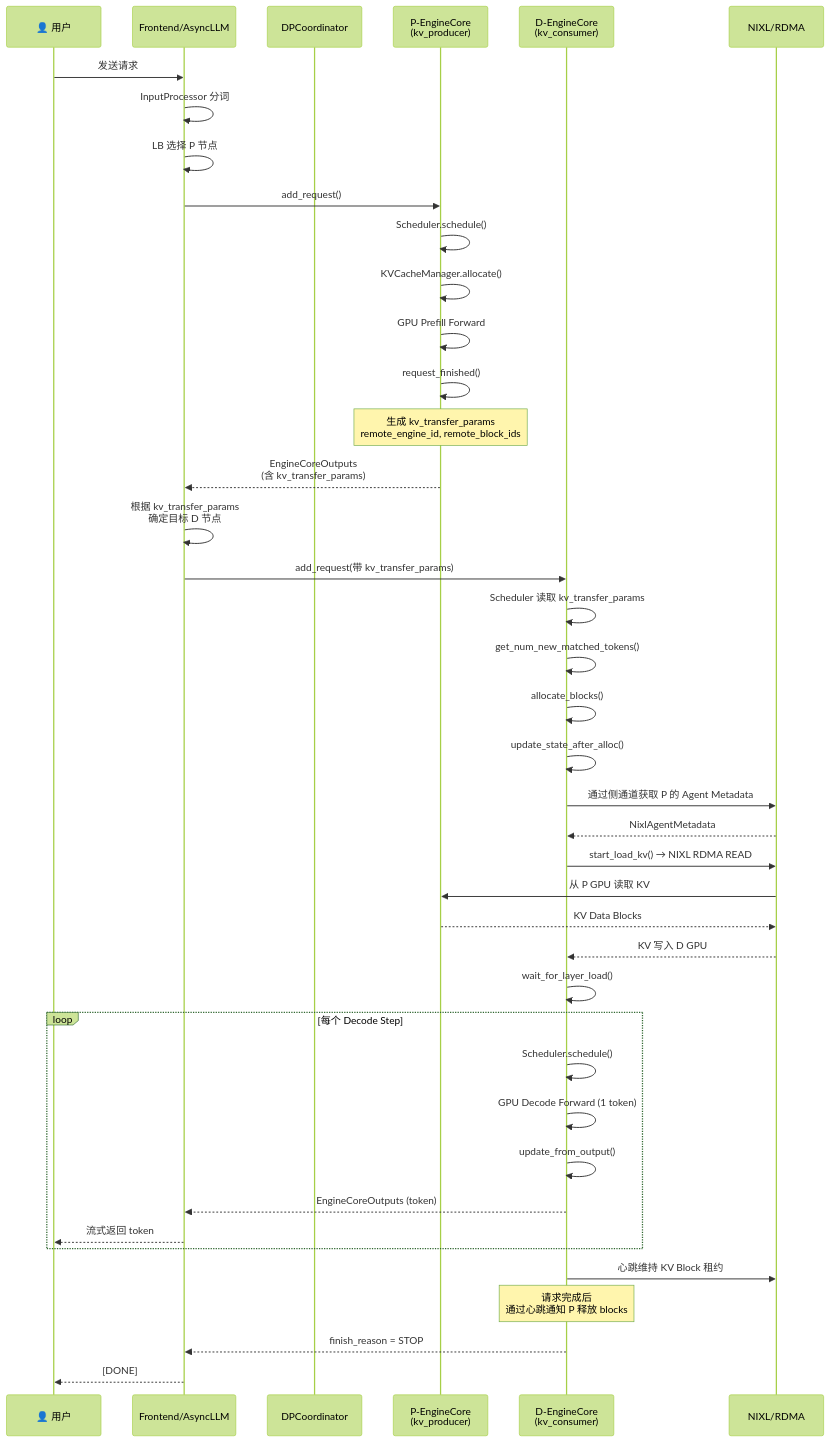
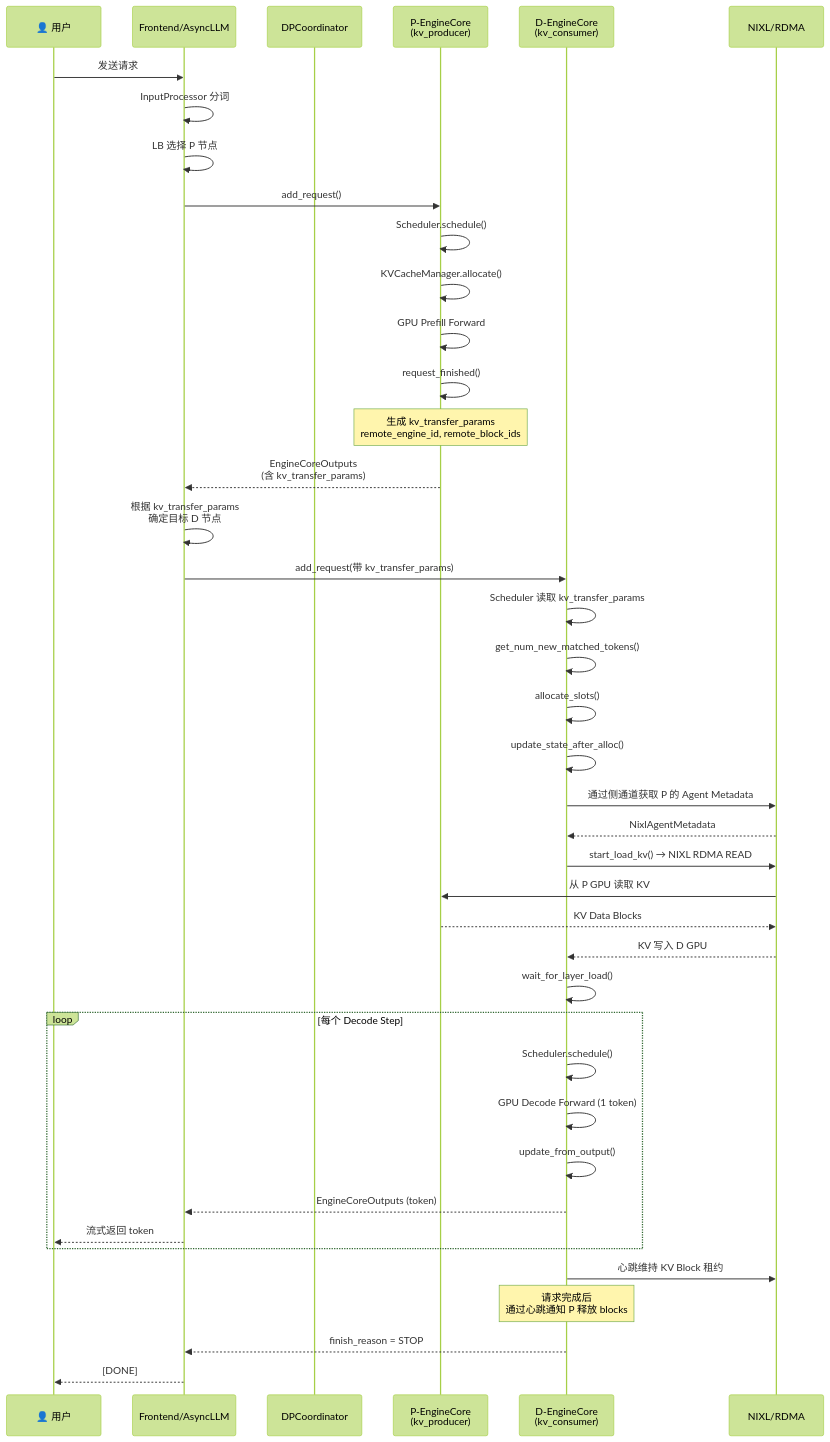
One commit to keyuanweb/ai-learning-path changed the ninth of 10 diagrams in vllm-learning-path/03-调度与KV缓存/11-PD分离架构详解.md. Above: the diagram before and after it, drawn with Mermaid (forest theme). The commit also changed other lines of this file and 176 other files, not shown here.

First line of the commit message:
docs: 全仓库文档校对修复——错别字/失效链接/Mermaid图/源码引用

````diff
--- a/vllm-learning-path/03-调度与KV缓存/11-PD分离架构详解.md
+++ b/vllm-learning-path/03-调度与KV缓存/11-PD分离架构详解.md
@@ -386,61 +386,61 @@
 ```mermaid
 sequenceDiagram
     participant User as 👤 用户
     participant FE as Frontend/AsyncLLM
     participant DC as DPCoordinator
     participant P as P-EngineCore<br/>(kv_producer)
     participant D as D-EngineCore<br/>(kv_consumer)
     participant NIXL as NIXL/RDMA
 
     %% 阶段 1: 请求入口
     User->>FE: 发送请求
     FE->>FE: InputProcessor 分词
     FE->>FE: LB 选择 P 节点
 
     %% 阶段 2: P 节点调度 + Prefill
     FE->>P: add_request()
     P->>P: Scheduler.schedule()
     P->>P: KVCacheManager.allocate()
     P->>P: GPU Prefill Forward
 
     %% 阶段 3: Prefill 完成，构造 KV 传输参数
     P->>P: request_finished()
     Note over P: 生成 kv_transfer_params<br/>remote_engine_id, remote_block_ids
 
     P-->>FE: EngineCoreOutputs<br/>(含 kv_transfer_params)
 
     %% 阶段 4: 请求转发到 D 节点
     FE->>FE: 根据 kv_transfer_params<br/>确定目标 D 节点
     FE->>D: add_request(带 kv_transfer_params)
 
     %% 阶段 5: D 侧握手 + KV 传输
     D->>D: Scheduler 读取 kv_transfer_params
     D->>D: get_num_new_matched_tokens()
-    D->>D: allocate_blocks()
+    D->>D: allocate_slots()
     D->>D: update_state_after_alloc()
 
     D->>NIXL: 通过侧通道获取 P 的 Agent Metadata
     NIXL-->>D: NixlAgentMetadata
 
     D->>NIXL: start_load_kv() → NIXL RDMA READ
     NIXL->>P: 从 P GPU 读取 KV
     P-->>NIXL: KV Data Blocks
     NIXL-->>D: KV 写入 D GPU
 
     D->>D: wait_for_layer_load()
 
     %% 阶段 6: D 节点 Decode
     loop 每个 Decode Step
         D->>D: Scheduler.schedule()
         D->>D: GPU Decode Forward (1 token)
         D->>D: update_from_output()
         D-->>FE: EngineCoreOutputs (token)
         FE-->>User: 流式返回 token
     end
 
     %% 阶段 7: 完成
     D->>NIXL: 心跳维持 KV Block 租约
     Note over D: 请求完成后<br/>通过心跳通知 P 释放 blocks
     D-->>FE: finish_reason = STOP
     FE-->>User: [DONE]
 ```
````
